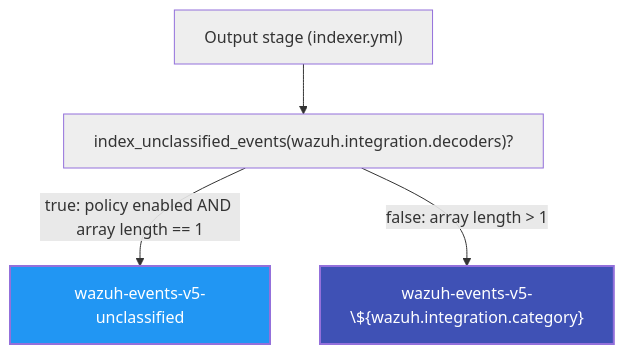
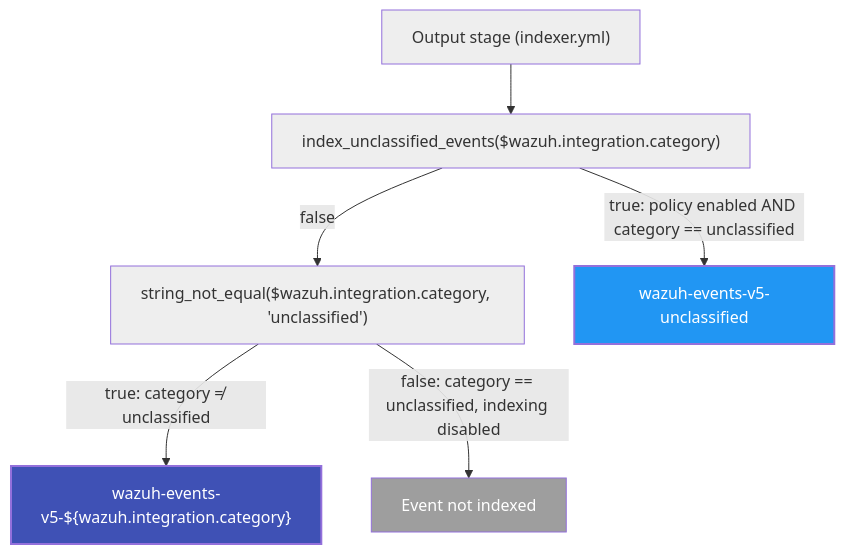
Before and after one commit to wazuh/wazuh: diagram 13 of 20 in docs/ref/modules/engine/README.md, drawn with Mermaid. The commit also changed other lines of this file, not shown here.

Commit message:
fix: Update the unclassified event doc

````diff
--- a/docs/ref/modules/engine/README.md
+++ b/docs/ref/modules/engine/README.md
@@ -882,17 +882,21 @@
 ```mermaid
 flowchart TD
 
 classDef cond fill:#eeeeee,stroke-width:1px
 classDef yes fill:#2196f3,stroke-width:2px,color:#fff
 classDef alt fill:#3f51b5,stroke-width:2px,color:#fff
 classDef skip fill:#9e9e9e,stroke-width:1px,color:#fff
 
 start["Output stage (indexer.yml)"]:::cond
-check["index_unclassified_events(wazuh.integration.decoders)?"]:::cond
+check1["index_unclassified_events($wazuh.integration.category)"]:::cond
+check2["string_not_equal($wazuh.integration.category, 'unclassified')"]:::cond
 unclassified["wazuh-events-v5-unclassified"]:::yes
-classified["wazuh-events-v5-\${wazuh.integration.category}"]:::alt
+classified["wazuh-events-v5-${wazuh.integration.category}"]:::alt
+dropped["Event not indexed"]:::skip
 
-start --> check
-check -->|"true: policy enabled AND array length == 1"| unclassified
-check -->|"false: array length > 1"| classified
+start --> check1
+check1 -->|"true: policy enabled AND category == unclassified"| unclassified
+check1 -->|"false"| check2
+check2 -->|"true: category ≠ unclassified"| classified
+check2 -->|"false: category == unclassified, indexing disabled"| dropped
 ```
````
